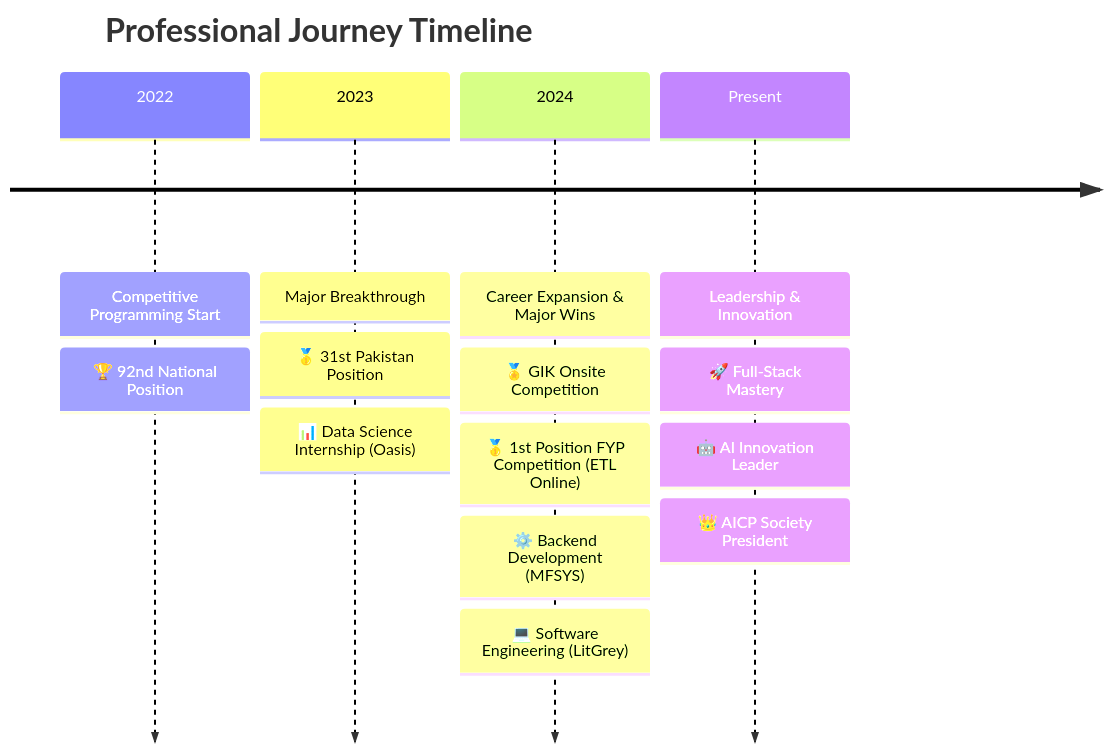
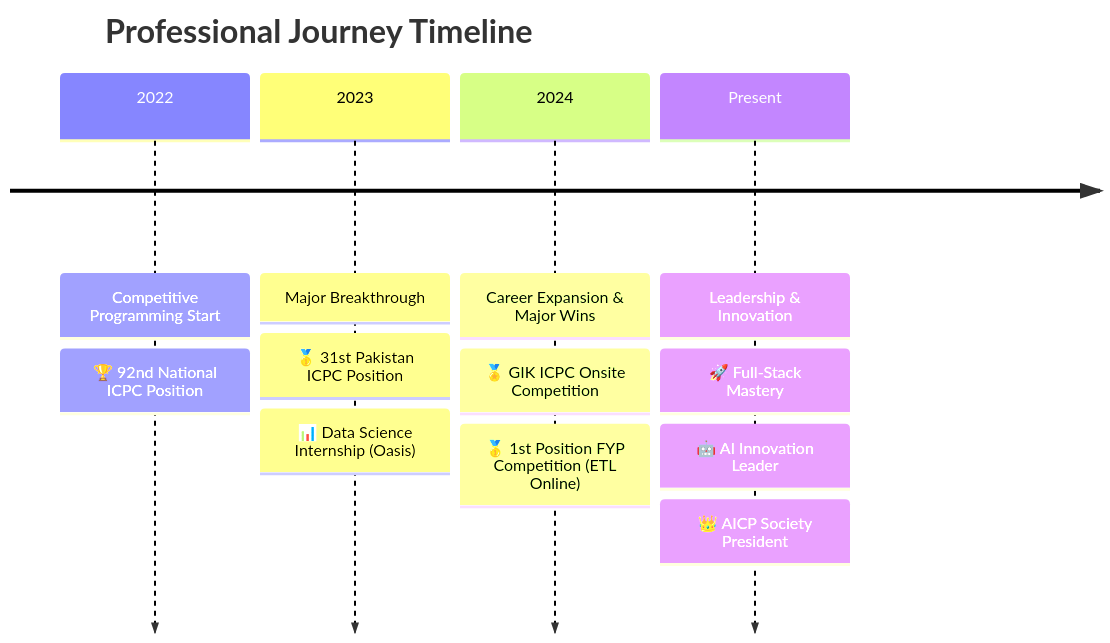
One commit to ChaudharyAliHassan572/ChaudharyAliHassan572 changed the diagram in README.md. Above: the diagram before and after it, drawn with Mermaid. The commit also changed other lines of this file, not shown here.

````diff
--- a/README.md
+++ b/README.md
@@ -78,22 +78,20 @@
 ```mermaid
 timeline
     title Professional Journey Timeline
     
     2022 : Competitive Programming Start
-         : 🏆 92nd National Position
+         : 🏆 92nd National ICPC Position
          
     2023 : Major Breakthrough
-         : 🥇 31st Pakistan Position
+         : 🥇 31st Pakistan ICPC Position
          : 📊 Data Science Internship (Oasis)
          
     2024 : Career Expansion & Major Wins
-         : 🏅 GIK Onsite Competition
+         : 🏅 GIK ICPC Onsite Competition
          : 🥇 1st Position FYP Competition (ETL Online)
-         : ⚙️ Backend Development (MFSYS)
-         : 💻 Software Engineering (LitGrey)
          
     Present : Leadership & Innovation
             : 🚀 Full-Stack Mastery
             : 🤖 AI Innovation Leader
             : 👑 AICP Society President
 ```
````
